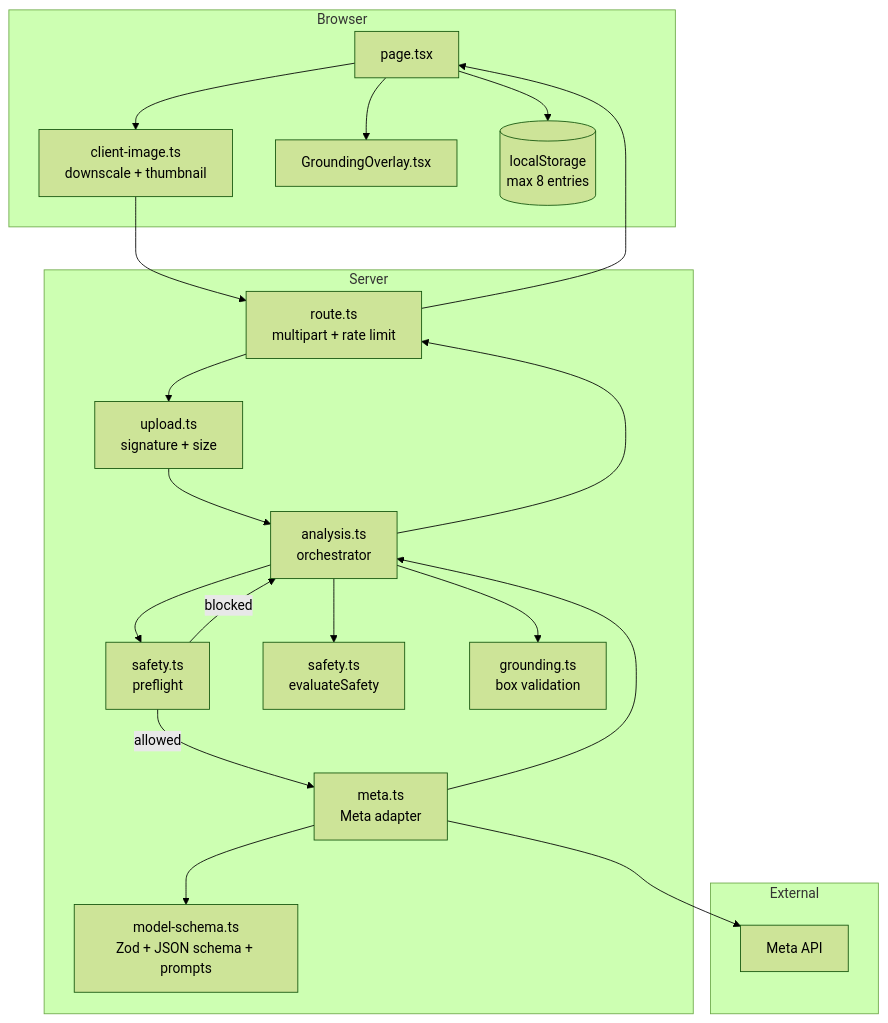
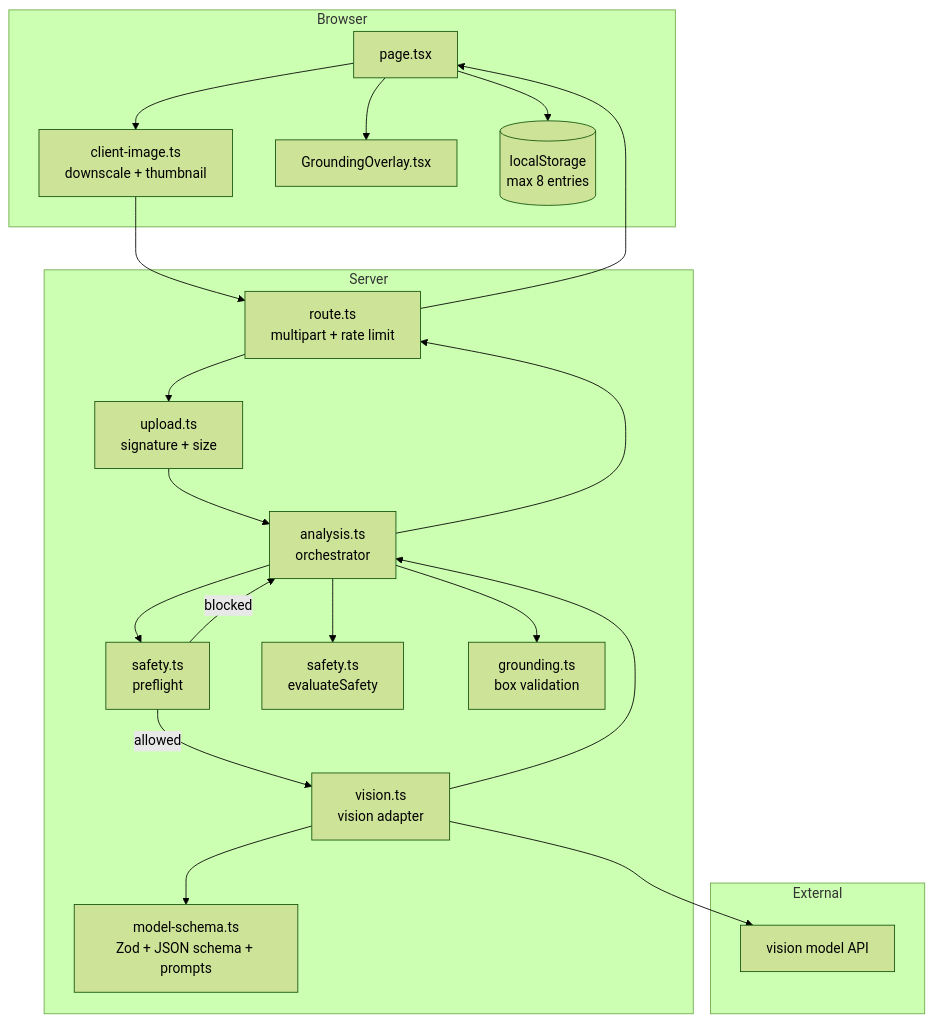
One commit to Dikaaff/manualmate changed the first of 3 diagrams in docs/ARCHITECTURE.md. Above: the diagram before and after it, drawn with Mermaid (forest theme). The commit also changed other lines of this file and 18 other files, not shown here.

Commit message:
Use configurable vision model adapter and refresh brand mark

````diff
--- a/docs/ARCHITECTURE.md
+++ b/docs/ARCHITECTURE.md
@@ -18,39 +18,39 @@
 ```mermaid
 flowchart TB
   subgraph Browser
     UI[page.tsx]
     IMG[client-image.ts<br/>downscale + thumbnail]
     OVL[GroundingOverlay.tsx]
     HIST[(localStorage<br/>max 8 entries)]
   end
 
   subgraph Server
     ROUTE[route.ts<br/>multipart + rate limit]
     UPLOAD[upload.ts<br/>signature + size]
     ORCH[analysis.ts<br/>orchestrator]
     PRE[safety.ts<br/>preflight]
-    GEM[meta.ts<br/>Meta adapter]
+    GEM[vision.ts<br/>vision adapter]
     SCHEMA[model-schema.ts<br/>Zod + JSON schema + prompts]
     SAFE[safety.ts<br/>evaluateSafety]
     GROUND[grounding.ts<br/>box validation]
   end
 
   subgraph External
-    API[Meta API]
+    API[vision model API]
   end
 
   UI --> IMG --> ROUTE
   ROUTE --> UPLOAD --> ORCH
   ORCH --> PRE
   PRE -->|blocked| ORCH
   PRE -->|allowed| GEM
   GEM --> SCHEMA
   GEM --> API
   GEM --> ORCH
   ORCH --> SAFE
   ORCH --> GROUND
   ORCH --> ROUTE
   ROUTE --> UI
   UI --> OVL
   UI --> HIST
 ```
````
